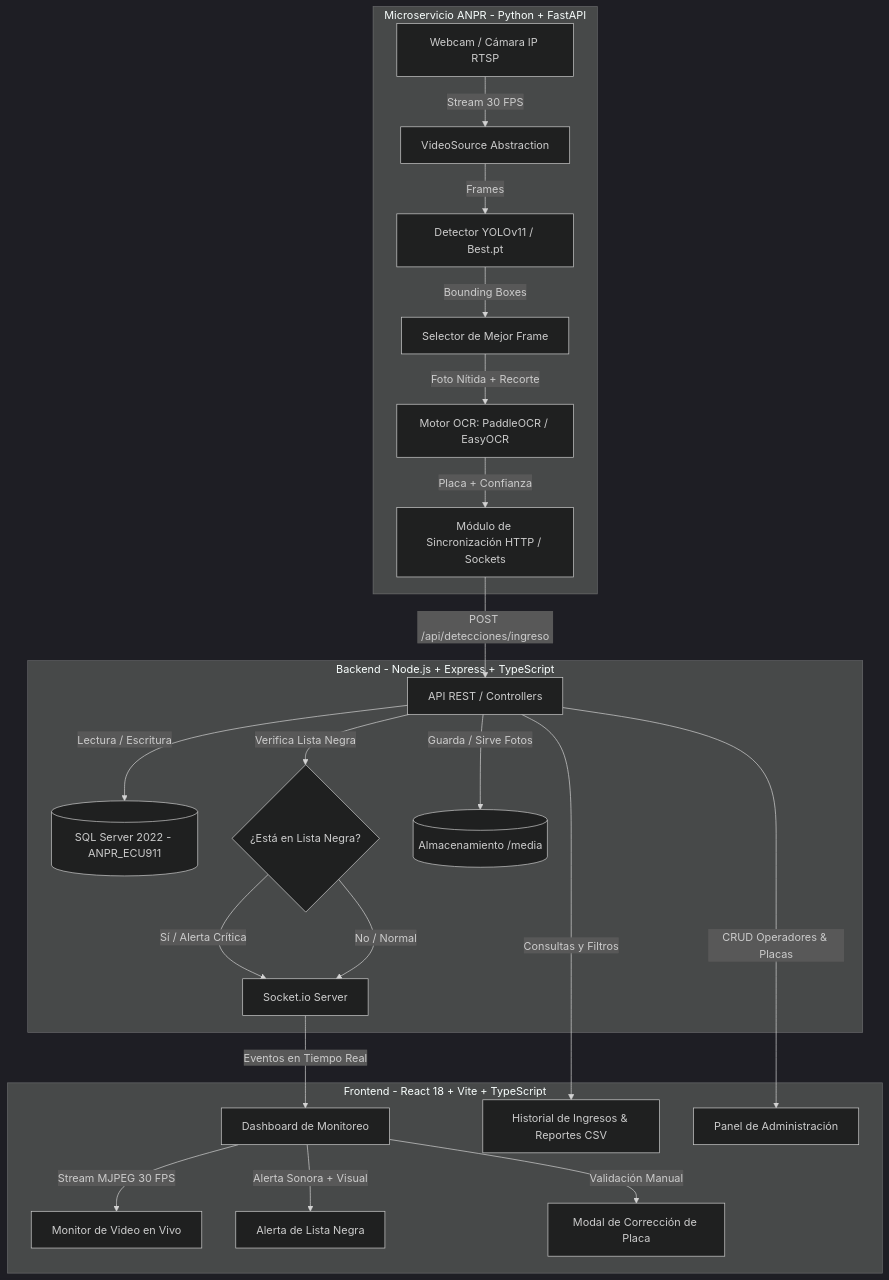
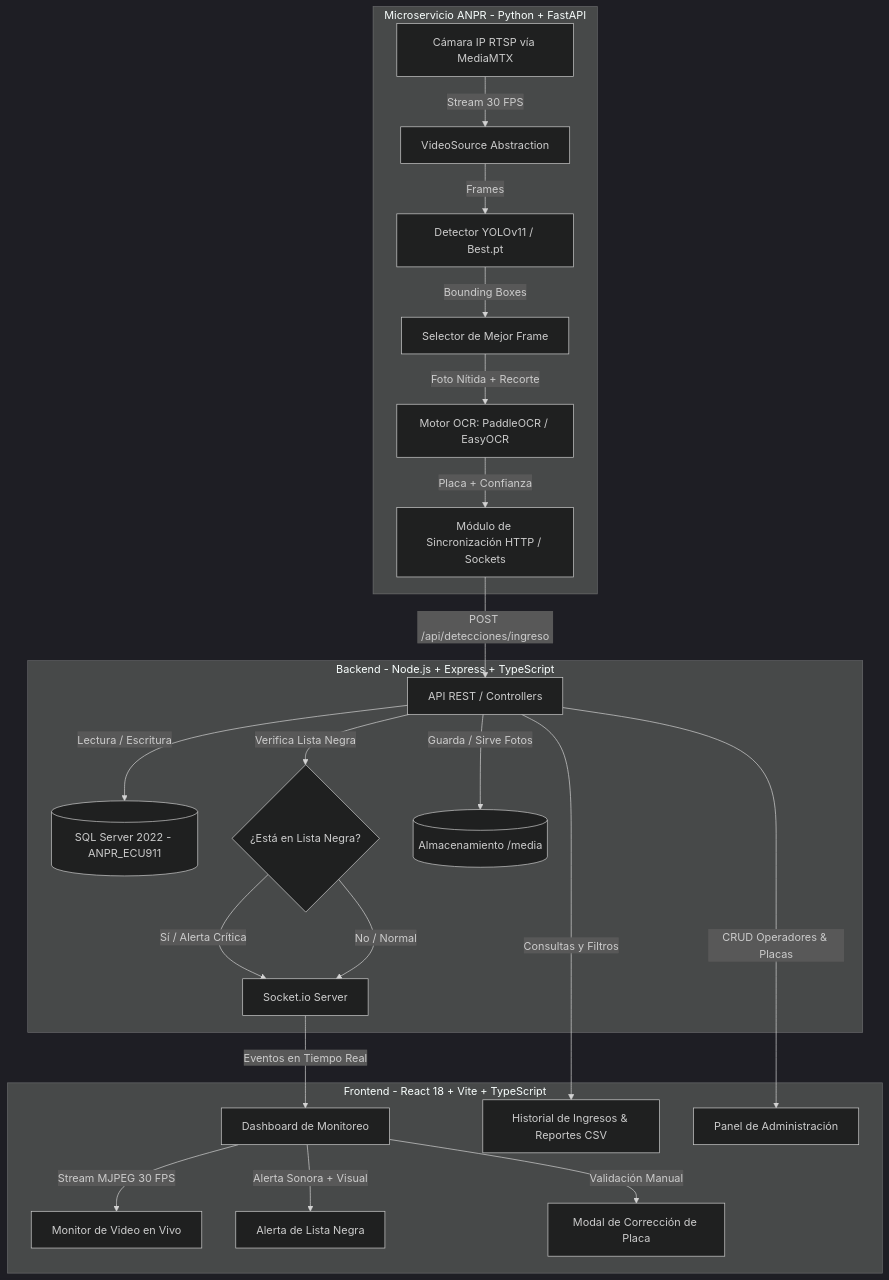
The diagram in ESTADO_DEL_SISTEMA.md (SebastianGuerrero27/NOVANPR), drawn with Mermaid (dark theme) before and after one commit. The commit also changed 80 other files, not shown here.

````diff
--- a/ESTADO_DEL_SISTEMA.md
+++ b/ESTADO_DEL_SISTEMA.md
@@ -28,28 +28,28 @@
 ```mermaid
 graph TD
     subgraph Captura_y_Vision [Microservicio ANPR - Python + FastAPI]
-        Cam[Webcam / Cámara IP RTSP] -->|Stream 30 FPS| VideoSource[VideoSource Abstraction]
+        Cam[Cámara IP RTSP vía MediaMTX] -->|Stream 30 FPS| VideoSource[VideoSource Abstraction]
         VideoSource -->|Frames| YoloDetector[Detector YOLOv11 / Best.pt]
         YoloDetector -->|Bounding Boxes| FrameSelector[Selector de Mejor Frame]
         FrameSelector -->|Foto Nítida + Recorte| OCREngine[Motor OCR: PaddleOCR / EasyOCR]
         OCREngine -->|Placa + Confianza| EventSync[Módulo de Sincronización HTTP / Sockets]
     end
 
     subgraph Backend_Core [Backend - Node.js + Express + TypeScript]
         EventSync -->|POST /api/detecciones/ingreso| API[API REST / Controllers]
         API -->|Lectura / Escritura| SQL[(SQL Server 2022 - ANPR_ECU911)]
         API -->|Verifica Lista Negra| BlacklistCheck{¿Está en Lista Negra?}
         BlacklistCheck -->|Sí / Alerta Crítica| SocketIO[Socket.io Server]
         BlacklistCheck -->|No / Normal| SocketIO
         API -->|Guarda / Sirve Fotos| MediaDir[(Almacenamiento /media)]
     end
 
     subgraph Frontend_App [Frontend - React 18 + Vite + TypeScript]
         SocketIO -->|Eventos en Tiempo Real| Dashboard[Dashboard de Monitoreo]
         Dashboard -->|Stream MJPEG 30 FPS| VideoFeed[Monitor de Video en Vivo]
         Dashboard -->|Alerta Sonora + Visual| AlertModal[Alerta de Lista Negra]
         Dashboard -->|Validación Manual| Validador[Modal de Corrección de Placa]
         API -->|Consultas y Filtros| Historial[Historial de Ingresos & Reportes CSV]
         API -->|CRUD Operadores & Placas| AdminPanel[Panel de Administración]
     end
 ```
````
